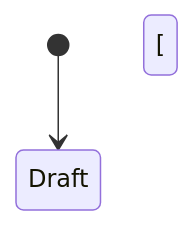
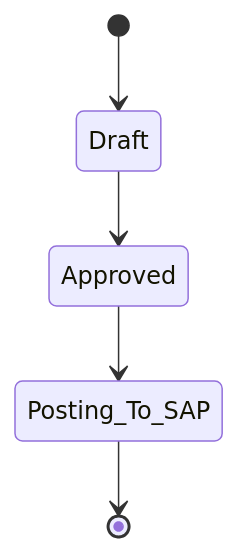
Before and after one commit to andyut/cnw_doc: the seventh of 7 diagrams in cnw_je_doc.md, drawn with Mermaid. The commit also changed other lines of this file, not shown here.

````diff
--- a/cnw_je_doc.md
+++ b/cnw_je_doc.md
@@ -159,5 +159,7 @@
 ```mermaid
 stateDiagram-v2
 [*] --> Draft
-[
+Draft --> Approved
+Approved --> Posting_To_SAP
+Posting_To_SAP --> [*]
 ```
````
